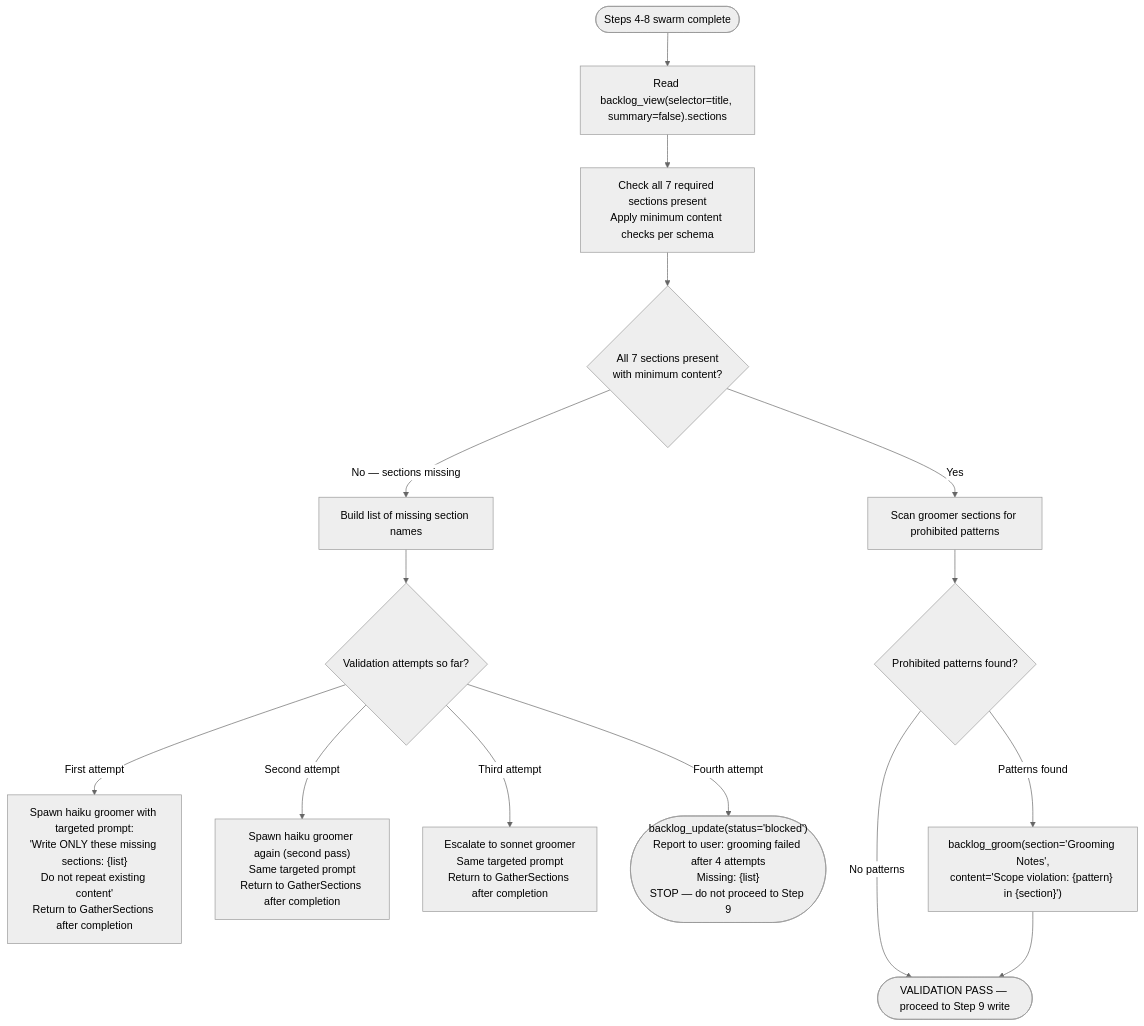
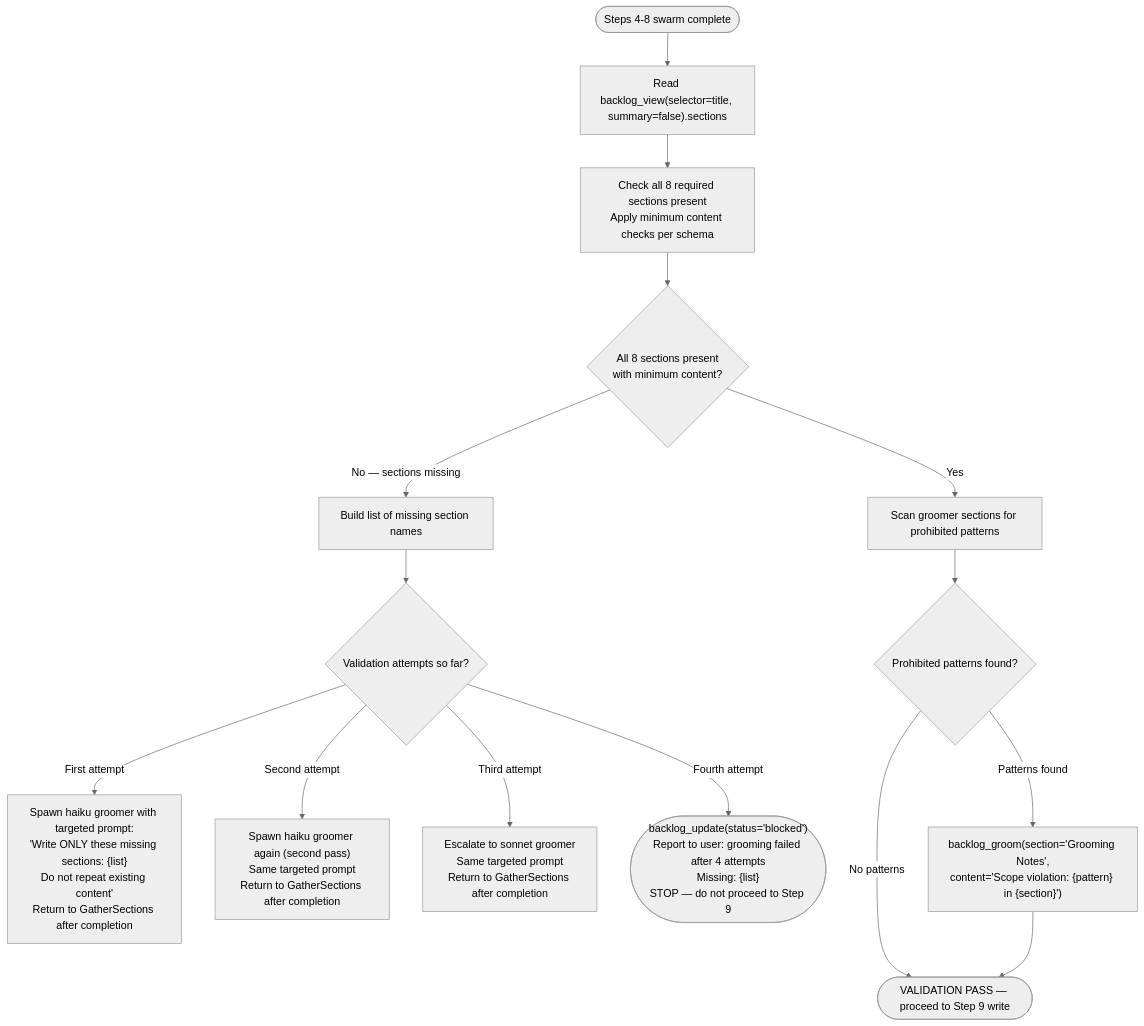
The diagram in plugins/development-harness/skills/groom-backlog-item/references/groomer-output-validation.md (chgreer1070/claude_skills), drawn with Mermaid (neutral theme) before and after one commit. The commit also changed other lines of this file and 6 other files, not shown here.

First line of the commit message:
docs(dh): update 7→8 required grooming sections across all references (#996)

````diff
--- a/plugins/development-harness/skills/groom-backlog-item/references/groomer-output-validation.md
+++ b/plugins/development-harness/skills/groom-backlog-item/references/groomer-output-validation.md
@@ -61,20 +61,20 @@
 ```mermaid
 flowchart TD
     SwarmComplete(["Steps 4-8 swarm complete"]) --> GatherSections["Read backlog_view(selector=title, summary=false).sections"]
 
-    GatherSections --> PresenceCheck["Check all 7 required sections present<br>Apply minimum content checks per schema"]
-    PresenceCheck --> PresenceResult{"All 7 sections present<br>with minimum content?"}
+    GatherSections --> PresenceCheck["Check all 8 required sections present<br>Apply minimum content checks per schema"]
+    PresenceCheck --> PresenceResult{"All 8 sections present<br>with minimum content?"}
 
     PresenceResult -->|"Yes"| ScopeCheck["Scan groomer sections for prohibited patterns"]
     PresenceResult -->|"No — sections missing"| MissingList["Build list of missing section names"]
     MissingList --> AttemptCount{"Validation attempts so far?"}
     AttemptCount -->|"First attempt"| RetryHaiku1["Spawn haiku groomer with targeted prompt:<br>'Write ONLY these missing sections: {list}<br>Do not repeat existing content'<br>Return to GatherSections after completion"]
     AttemptCount -->|"Second attempt"| RetryHaiku2["Spawn haiku groomer again (second pass)<br>Same targeted prompt<br>Return to GatherSections after completion"]
     AttemptCount -->|"Third attempt"| RetrySonnet["Escalate to sonnet groomer<br>Same targeted prompt<br>Return to GatherSections after completion"]
     AttemptCount -->|"Fourth attempt"| Blocked(["backlog_update(status='blocked')<br>Report to user: grooming failed after 4 attempts<br>Missing: {list}<br>STOP — do not proceed to Step 9"])
 
     ScopeCheck --> ScopeResult{"Prohibited patterns found?"}
     ScopeResult -->|"No patterns"| ValidationPass(["VALIDATION PASS — proceed to Step 9 write"])
     ScopeResult -->|"Patterns found"| ScopeReport["backlog_groom(section='Grooming Notes',<br>content='Scope violation: {pattern} in {section}')"]
     ScopeReport --> ValidationPass
 ```
````
